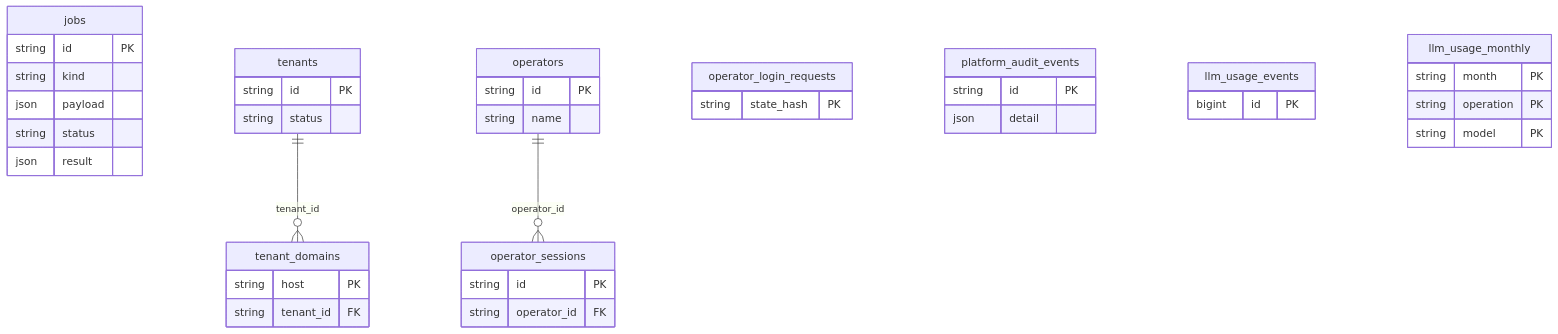
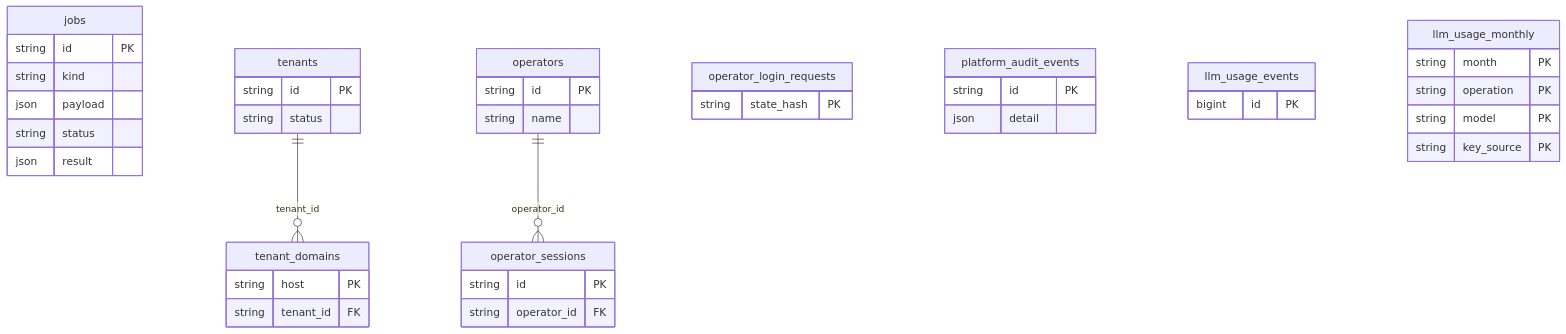
The eighth of 8 diagrams in docs/wiki/Data-Model.md (jayendukumar/agentify), drawn with Mermaid before and after one commit. The commit also changed other lines of this file and 37 other files, not shown here.

````diff
--- a/docs/wiki/Data-Model.md
+++ b/docs/wiki/Data-Model.md
@@ -594,43 +600,44 @@
 ```mermaid
 erDiagram
     jobs {
         string id PK
         string kind
         json payload
         string status
         json result
     }
     tenants {
         string id PK
         string status
     }
     tenant_domains {
         string host PK
         string tenant_id FK
     }
     operators {
         string id PK
         string name
     }
     operator_sessions {
         string id PK
         string operator_id FK
     }
     operator_login_requests {
         string state_hash PK
     }
     platform_audit_events {
         string id PK
         json detail
     }
     llm_usage_events {
         bigint id PK
     }
     llm_usage_monthly {
         string month PK
         string operation PK
         string model PK
+        string key_source PK
     }
     tenants ||--o{ tenant_domains : "tenant_id"
     operators ||--o{ operator_sessions : "operator_id"
 ```
````
